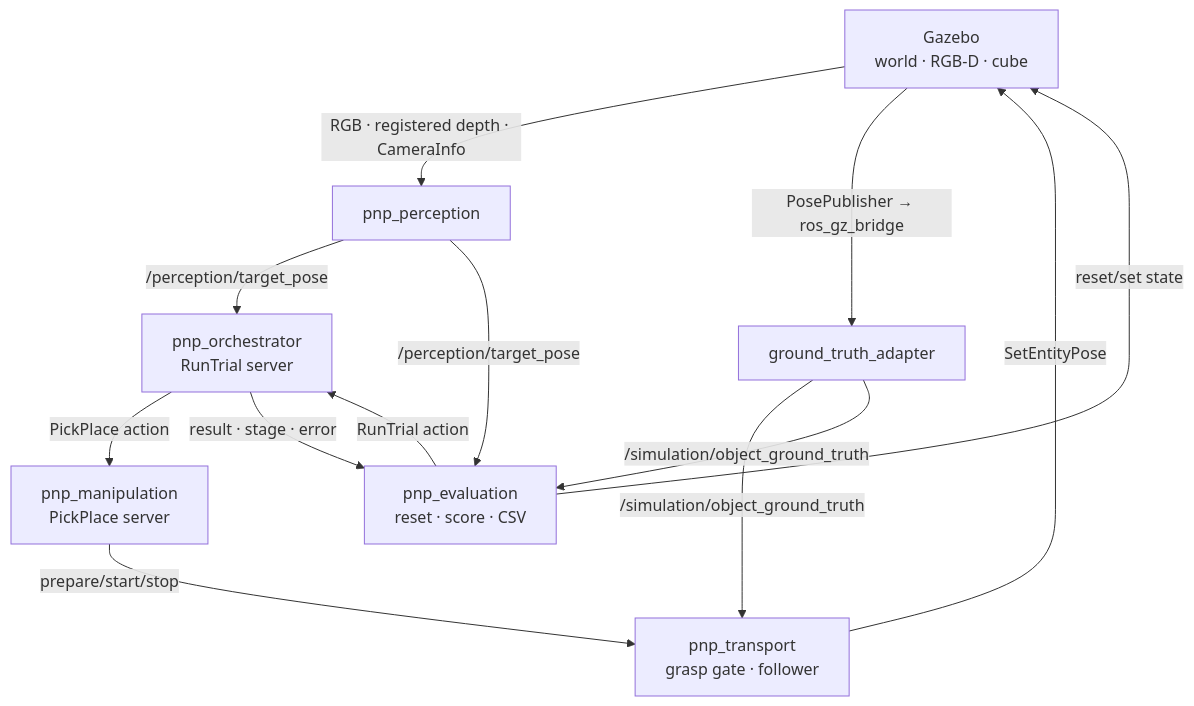
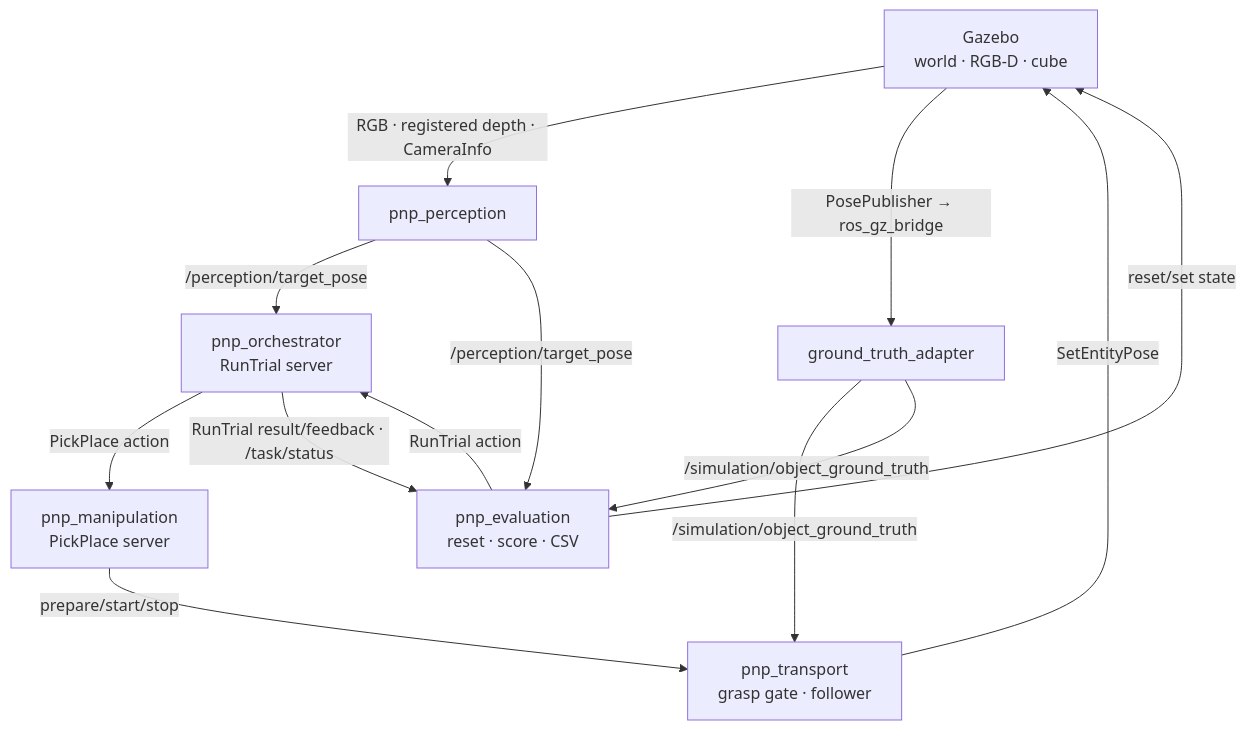
Before and after one commit to GIST-ISAAC-Robotics/2026-pnp-study: the diagram in curriculum.md, drawn with Mermaid. The commit also changed other lines of this file, not shown here.

Commit message:
Wire TaskStatus heartbeat contract

````diff
--- a/curriculum.md
+++ b/curriculum.md
@@ -427,23 +429,23 @@
 ```mermaid
 flowchart TD
     G["Gazebo<br>world · RGB-D · cube"]
     A["ground_truth_adapter"]
     P["pnp_perception"]
     E["pnp_evaluation<br>reset · score · CSV"]
     O["pnp_orchestrator<br>RunTrial server"]
     M["pnp_manipulation<br>PickPlace server"]
     T["pnp_transport<br>grasp gate · follower"]
 
     G -->|"RGB · registered depth · CameraInfo"| P
     G -->|"PosePublisher → ros_gz_bridge"| A
     A -->|"/simulation/object_ground_truth"| T
     A -->|"/simulation/object_ground_truth"| E
     P -->|"/perception/target_pose"| O
     P -->|"/perception/target_pose"| E
     E -->|"reset/set state"| G
     E -->|"RunTrial action"| O
     O -->|"PickPlace action"| M
     M -->|"prepare/start/stop"| T
     T -->|"SetEntityPose"| G
-    O -->|"result · stage · error"| E
+    O -->|"RunTrial result/feedback · /task/status"| E
 ```
````
